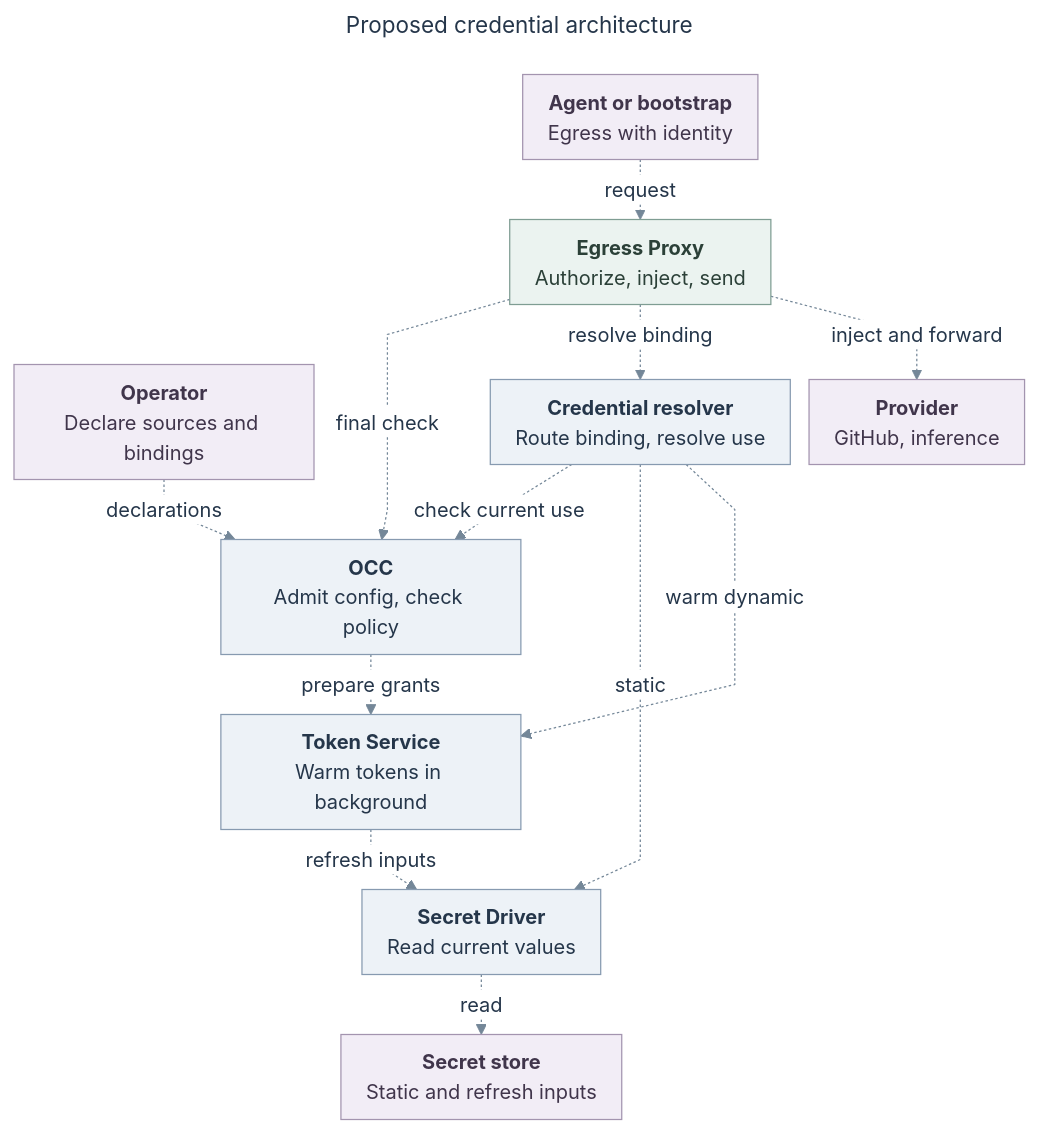
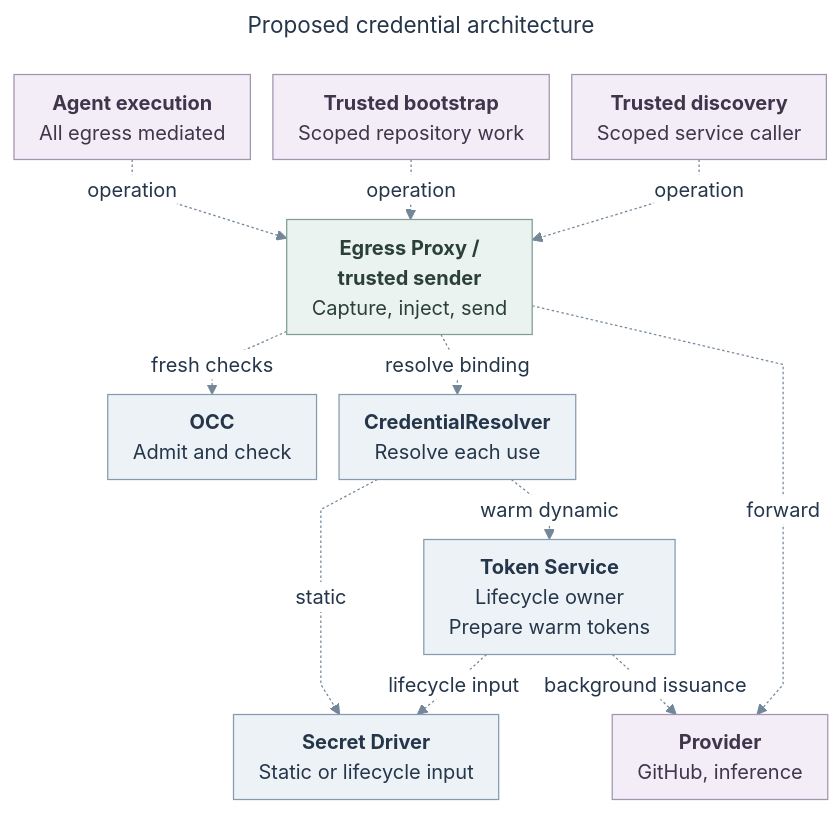
One commit to freeqaz-openai/openclaw-enterprise changed the diagram in specs/rfcs/0019-egress-proxy-credential-lifecycle/assets/overview.mmd. Above: the diagram before and after it, drawn with Mermaid. The commit also changed 10 other files, not shown here.

Commit message:
docs(rfc): clarify egress roles and credential lifecycle

```diff
--- a/specs/rfcs/0019-egress-proxy-credential-lifecycle/assets/overview.mmd
+++ b/specs/rfcs/0019-egress-proxy-credential-lifecycle/assets/overview.mmd
@@ -1,48 +1,46 @@
 ---
 title: "Proposed credential architecture"
 config:
   theme: base
   htmlLabels: true
   themeVariables:
     fontFamily: "Arial, sans-serif"
     fontSize: "16px"
     primaryTextColor: "#25364A"
     lineColor: "#748798"
     edgeLabelBackground: "#FFFFFF"
   flowchart:
     useMaxWidth: false
     curve: linear
-    nodeSpacing: 15
+    nodeSpacing: 18
     rankSpacing: 24
     padding: 10
     diagramPadding: 12
 ---
 flowchart TB
-  Setup["<b>Operator</b><br/>Declare sources and bindings"]
-  Control["<b>OCC</b><br/>Admit config, check policy"]
-  Store["<b>Secret store</b><br/>Static and refresh inputs"]
-  Static["<b>Secret Driver</b><br/>Read current values"]
-  Dynamic["<b>Token Service</b><br/>Warm tokens in background"]
-  Agent["<b>Agent or bootstrap</b><br/>Egress with identity"]
-  Gateway["<b>Egress Proxy</b><br/>Authorize, inject, send"]
-  Resolver["<b>Credential resolver</b><br/>Route binding, resolve use"]
+  Agent["<b>Agent execution</b><br/>All egress mediated"]
+  Bootstrap["<b>Trusted bootstrap</b><br/>Scoped repository work"]
+  Discovery["<b>Trusted discovery</b><br/>Scoped service caller"]
+  Sender["<b>Egress Proxy /</b><br/><b>trusted sender</b><br/>Capture, inject, send"]
+  Control["<b>OCC</b><br/>Admit and check"]
+  Resolver["<b>CredentialResolver</b><br/>Resolve each use"]
+  Secret["<b>Secret Driver</b><br/>Static or lifecycle input"]
+  Lifecycle["<b>Token Service</b><br/>Lifecycle owner<br/>Prepare warm tokens"]
   Provider["<b>Provider</b><br/>GitHub, inference"]
-  Setup -. declarations .-> Control
-  Control -. prepare grants .-> Dynamic
-  Agent -. request .-> Gateway
-  Gateway -. final check .-> Control
-  Gateway -. resolve binding .-> Resolver
-  Resolver -. check current use .-> Control
-  Resolver -. static .-> Static
-  Resolver -. warm dynamic .-> Dynamic
-  Static -. read .-> Store
-  Dynamic -. refresh inputs .-> Static
-  Gateway -. inject and forward .-> Provider
-  class Setup,Agent,Provider external
-  class Store external
-  class Gateway action
-  class Control,Resolver,Static,Dynamic api
+  Agent -. operation .-> Sender
+  Bootstrap -. operation .-> Sender
+  Discovery -. operation .-> Sender
+  Sender -. fresh checks .-> Control
+  Sender -. resolve binding .-> Resolver
+  Resolver -. static .-> Secret
+  Resolver -. warm dynamic .-> Lifecycle
+  Lifecycle -. lifecycle input .-> Secret
+  Lifecycle -. background issuance .-> Provider
+  Sender -. forward .-> Provider
+  class Agent,Bootstrap,Discovery,Provider external
+  class Sender action
+  class Control,Resolver,Secret,Lifecycle api
   classDef api fill:#EDF2F7,stroke:#879AB0,color:#25364A,stroke-width:1px
   classDef action fill:#EBF3F0,stroke:#7F9D93,color:#2B4038,stroke-width:1px
   classDef external fill:#F2EDF6,stroke:#A394AF,color:#40354B,stroke-width:1px
   linkStyle default stroke:#748798,stroke-width:1px
```
